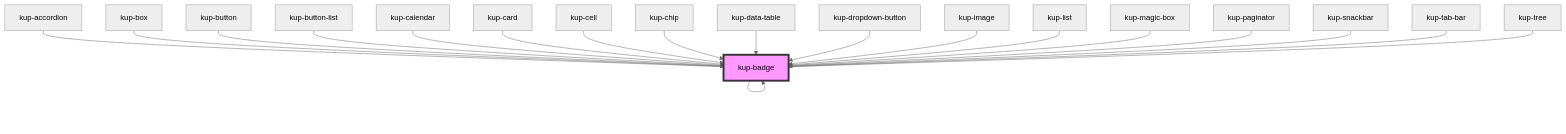
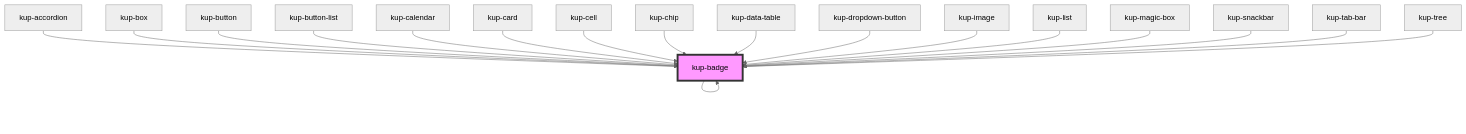
Before and after one commit to smeup/ketchup: the diagram in packages/ketchup/src/components/kup-badge/readme.md, drawn with Mermaid (neutral theme). The commit also changed other lines of this file and 15 other files, not shown here.

Commit message:
kup-paginator: removed.

````diff
--- a/packages/ketchup/src/components/kup-badge/readme.md
+++ b/packages/ketchup/src/components/kup-badge/readme.md
@@ -96,22 +95,21 @@
 ```mermaid
 graph TD;
   kup-badge --> kup-badge
   kup-accordion --> kup-badge
   kup-box --> kup-badge
   kup-button --> kup-badge
   kup-button-list --> kup-badge
   kup-calendar --> kup-badge
   kup-card --> kup-badge
   kup-cell --> kup-badge
   kup-chip --> kup-badge
   kup-data-table --> kup-badge
   kup-dropdown-button --> kup-badge
   kup-image --> kup-badge
   kup-list --> kup-badge
   kup-magic-box --> kup-badge
-  kup-paginator --> kup-badge
   kup-snackbar --> kup-badge
   kup-tab-bar --> kup-badge
   kup-tree --> kup-badge
   style kup-badge fill:#f9f,stroke:#333,stroke-width:4px
 ```
````
